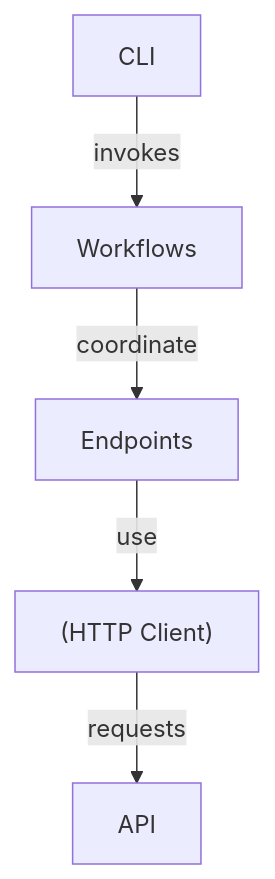
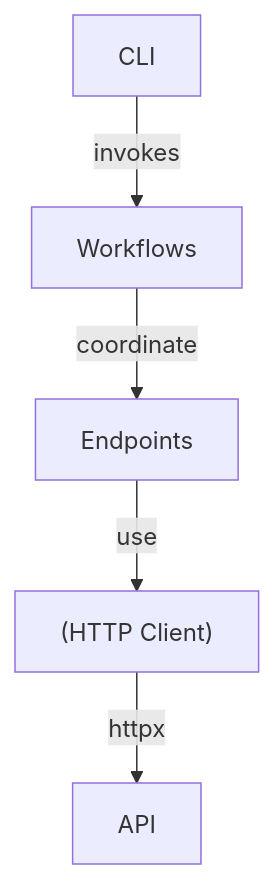
Before and after one commit to fderuiter/imednet-python-sdk: the first of 3 diagrams in docs/architecture.rst, drawn with Mermaid. The commit also changed other lines of this file and 5 other files, not shown here.

```diff
--- a/docs/architecture.rst
+++ b/docs/architecture.rst
@@ -11,7 +11,7 @@
 .. mermaid::
 
    graph TD
        CLI[CLI] --> |invokes| Workflows
        Workflows --> |coordinate| Endpoints
        Endpoints --> |use| Client["(HTTP Client)"]
-       Client --> |requests| API
+       Client --> |httpx| API
```
